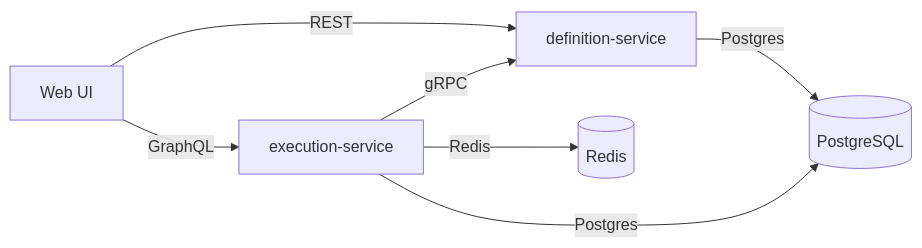
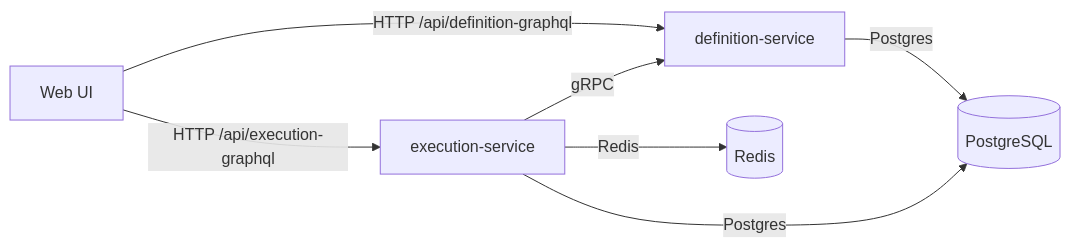
Before and after one commit to kushal-sharma-works/auctor-platform: the diagram in README.md, drawn with Mermaid. The commit also changed other lines of this file and 13 other files, not shown here.

````diff
--- a/README.md
+++ b/README.md
@@ -9,9 +9,9 @@
 ```mermaid
 flowchart LR
-	web[Web UI] -->|REST| defsvc[definition-service]
-	web -->|GraphQL| execsvc[execution-service]
+	web[Web UI] -->|HTTP /api/definition-graphql| defsvc[definition-service]
+	web -->|HTTP /api/execution-graphql| execsvc[execution-service]
 	execsvc -->|gRPC| defsvc
 	defsvc -->|Postgres| db[(PostgreSQL)]
 	execsvc -->|Postgres| db
 	execsvc -->|Redis| cache[(Redis)]
 ```
````
